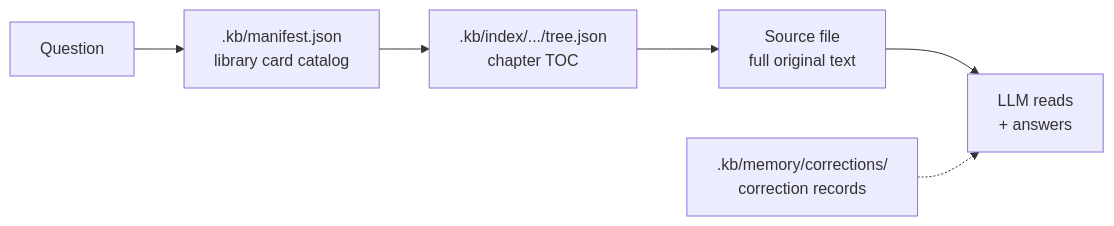
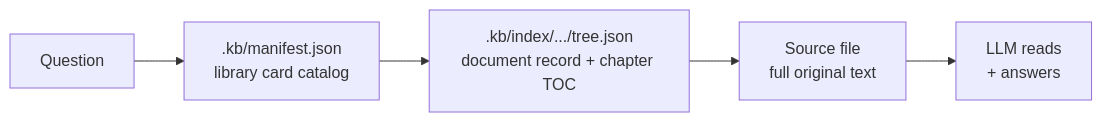
One commit to waylondev/kb-pilot changed the first of 3 diagrams in README.md. Above: the diagram before and after it, drawn with Mermaid. The commit also changed other lines of this file and 7 other files, not shown here.

````diff
--- a/README.md
+++ b/README.md
@@ -82,8 +77,7 @@
 ```mermaid
 flowchart LR
     Q["Question"] --> M[".kb/manifest.json<br/>library card catalog"]
-    M --> T[".kb/index/.../tree.json<br/>chapter TOC"]
+    M --> T[".kb/index/.../tree.json<br/>document record + chapter TOC"]
     T --> S["Source file<br/>full original text"]
     S --> A["LLM reads<br/>+ answers"]
-    C[".kb/memory/corrections/<br/>correction records"] -.-> A
 ```
````
